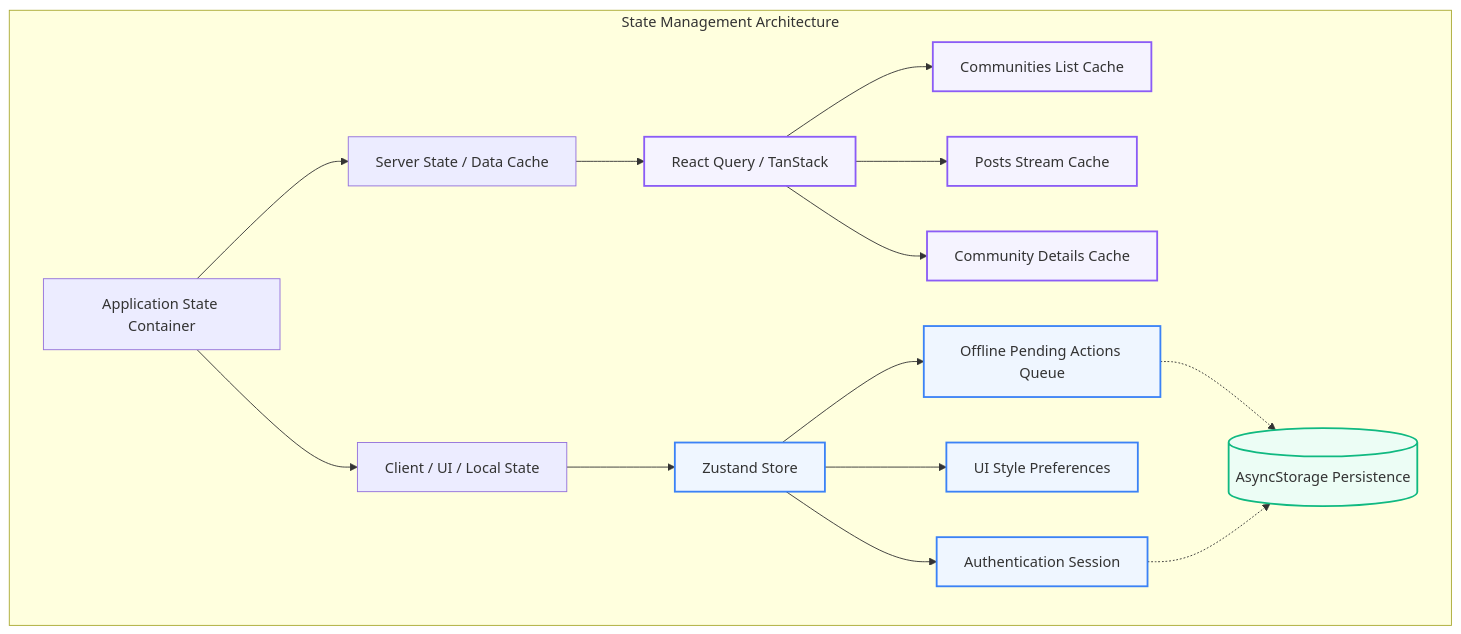
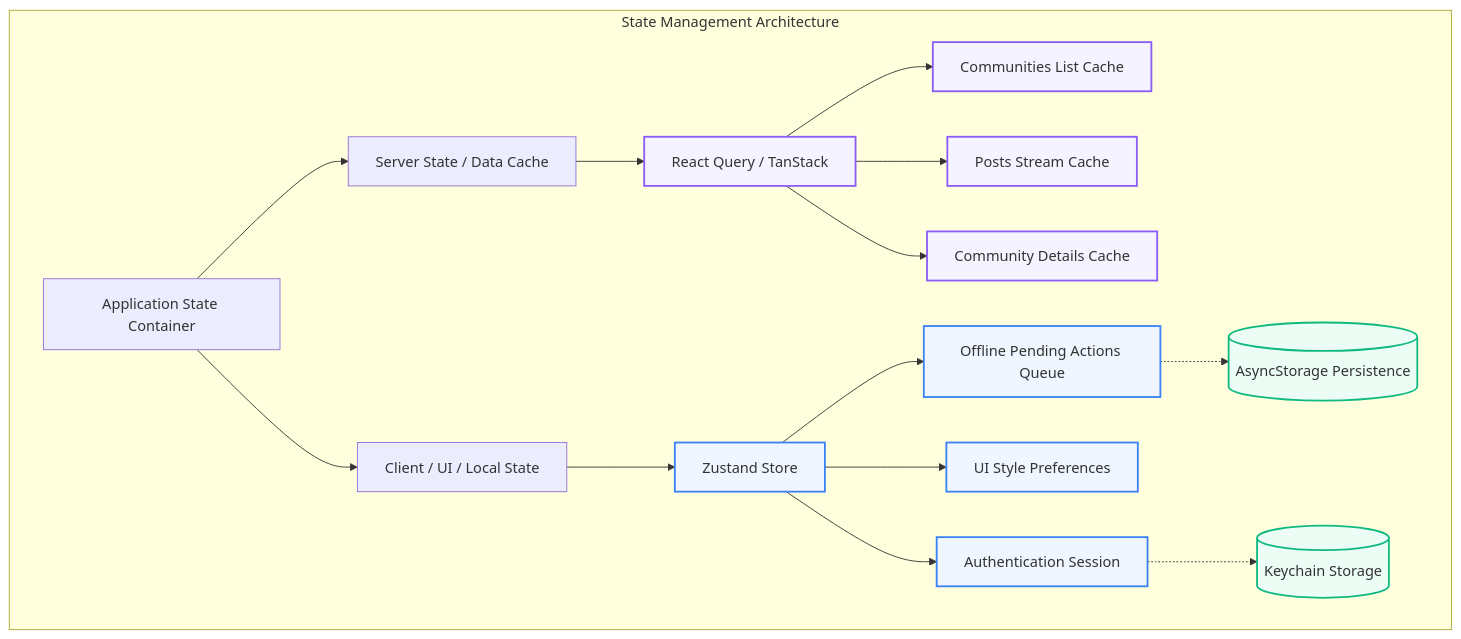
The first of 3 diagrams in README.md (hi-kuldeep/communityHub), drawn with Mermaid before and after one commit. The commit also changed other lines of this file and 4 other files, not shown here.

Commit message:
feat: migrate secure auth token storage to react-native-keychain

````diff
--- a/README.md
+++ b/README.md
@@ -68,25 +68,25 @@
 ```mermaid
 graph TD
     classDef server fill:#f5f3ff,stroke:#8b5cf6,stroke-width:2px;
     classDef client fill:#eff6ff,stroke:#3b82f6,stroke-width:2px;
     classDef native fill:#ecfdf5,stroke:#10b981,stroke-width:2px;
 
     subgraph State Management Architecture
         App[Application State Container] --> Server[Server State / Data Cache]
         App --> Client[Client / UI / Local State]
         
         Server --> RQ[React Query / TanStack]:::server
         Client --> Z[Zustand Store]:::client
         
         RQ --> C1[Communities List Cache]:::server
         RQ --> C2[Posts Stream Cache]:::server
         RQ --> C3[Community Details Cache]:::server
         
         Z --> Z1[Authentication Session]:::client
         Z --> Z2[UI Style Preferences]:::client
         Z --> Z3[Offline Pending Actions Queue]:::client
         
         Z3 -.-> AS[(AsyncStorage Persistence)]:::native
-        Z1 -.-> AS
+        Z1 -.-> KC[(Keychain Storage)]:::native
     end
 ```
````
